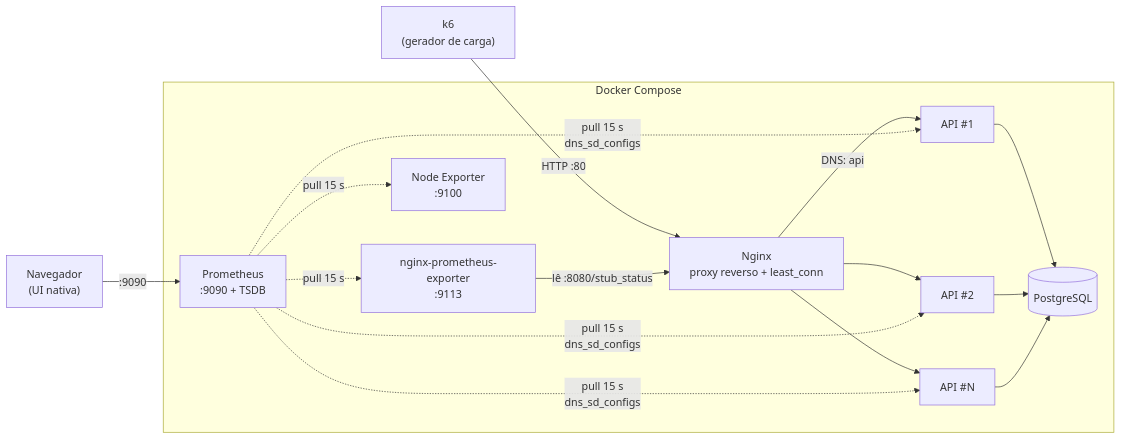
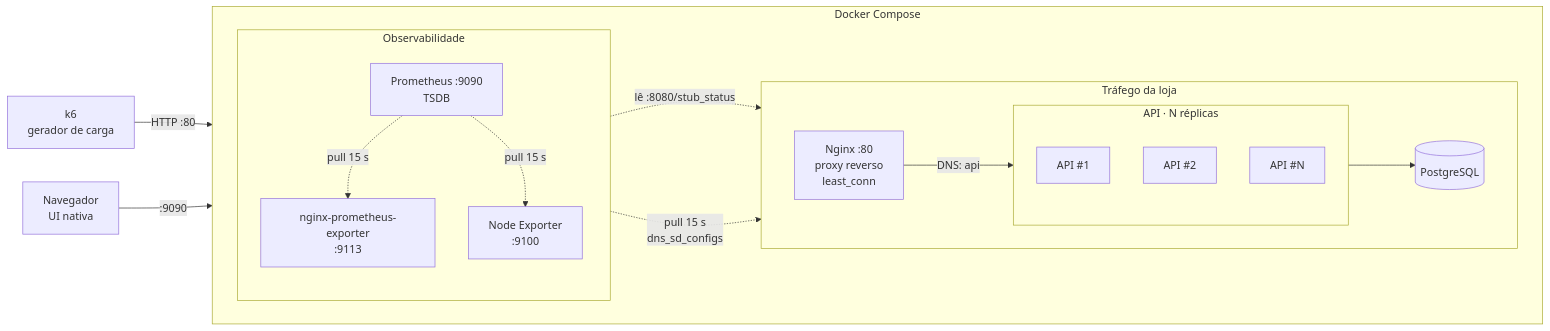
Before and after one commit to SrFreitass/black-friday-scaling: the diagram in README.md, drawn with Mermaid. The commit also changed other lines of this file, not shown here.

Commit message:
docs: redesenha o diagrama de arquitetura do README
Separa o tráfego da loja da observabilidade, agrupa as réplicas da API
e liga a coleta por DNS ao grupo, em vez de uma linha por réplica.

````diff
--- a/README.md
+++ b/README.md
@@ -70,22 +70,38 @@
 ```mermaid
 flowchart LR
-    k6["k6<br/>(gerador de carga)"] -->|HTTP :80| nginx
+    k6["k6<br/>gerador de carga"]
+    user["Navegador<br/>UI nativa"]
 
     subgraph compose["Docker Compose"]
-        nginx["Nginx<br/>proxy reverso + least_conn"]
-        nginx -->|"DNS: api"| api1["API #1"]
-        nginx --> api2["API #2"]
-        nginx --> apiN["API #N"]
-        api1 & api2 & apiN --> db[("PostgreSQL")]
+        direction LR
 
-        exporter["nginx-prometheus-exporter<br/>:9113"] -->|lê :8080/stub_status| nginx
-        node["Node Exporter<br/>:9100"]
+        subgraph loja["Tráfego da loja"]
+            direction LR
+            nginx["Nginx :80<br/>proxy reverso<br/>least_conn"]
+            subgraph apis["API · N réplicas"]
+                direction TB
+                api1["API #1"]
+                api2["API #2"]
+                apiN["API #N"]
+            end
+            db[("PostgreSQL")]
+            nginx -->|"DNS: api"| apis
+            apis --> db
+        end
 
-        prom["Prometheus<br/>:9090 + TSDB"]
-        prom -.->|pull 15 s| exporter
-        prom -.->|pull 15 s| node
-        prom -.->|"pull 15 s<br/>dns_sd_configs"| api1 & api2 & apiN
+        subgraph obs["Observabilidade"]
+            direction TB
+            prom["Prometheus :9090<br/>TSDB"]
+            exporter["nginx-prometheus-exporter<br/>:9113"]
+            node["Node Exporter<br/>:9100"]
+        end
+
+        prom -. "pull 15 s" .-> exporter
+        prom -. "pull 15 s" .-> node
+        prom -. "pull 15 s<br/>dns_sd_configs" .-> apis
+        exporter -. "lê :8080/stub_status" .-> nginx
     end
 
-    user["Navegador<br/>(UI nativa)"] -->|:9090| prom
+    k6 -->|"HTTP :80"| nginx
+    user -->|":9090"| prom
 ```
````
